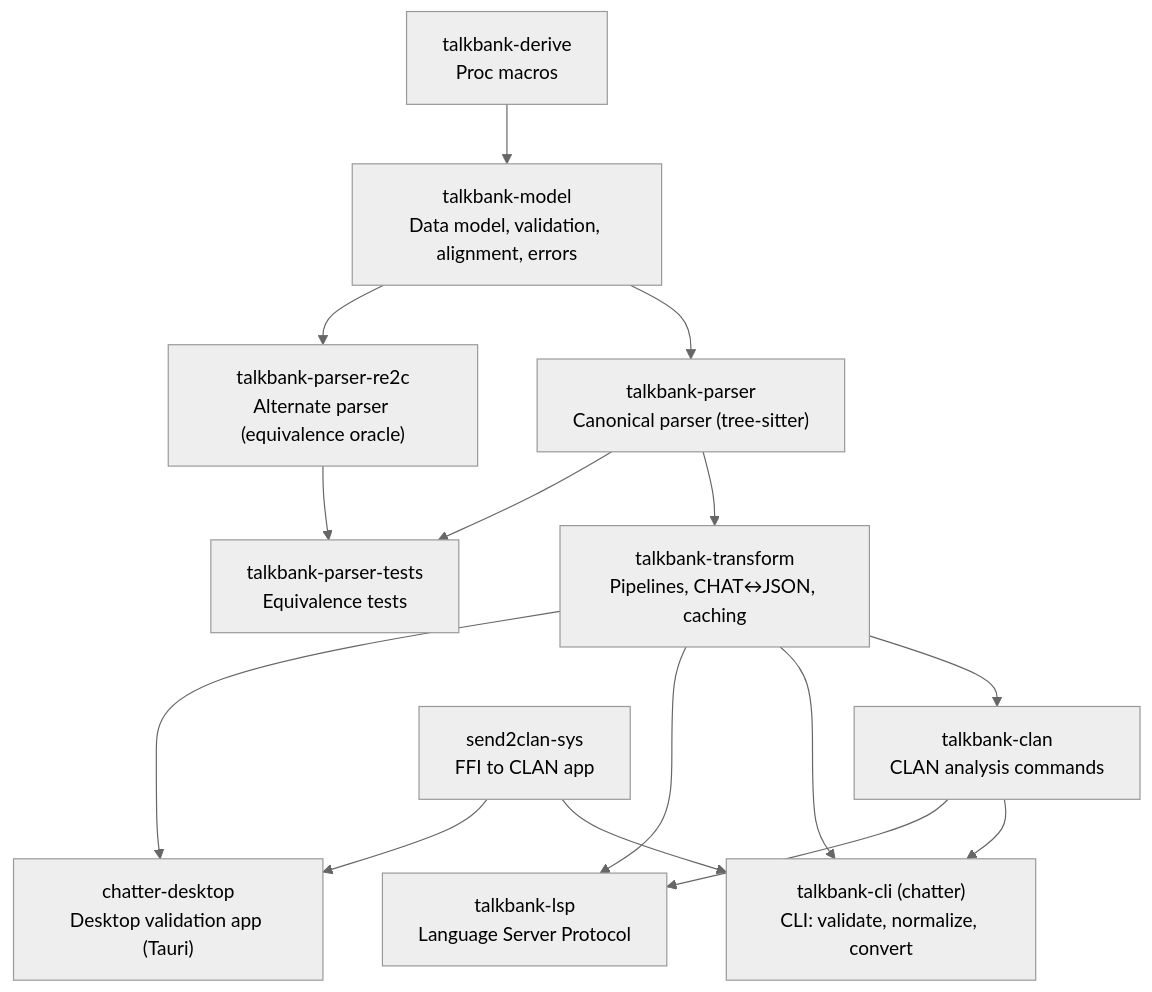
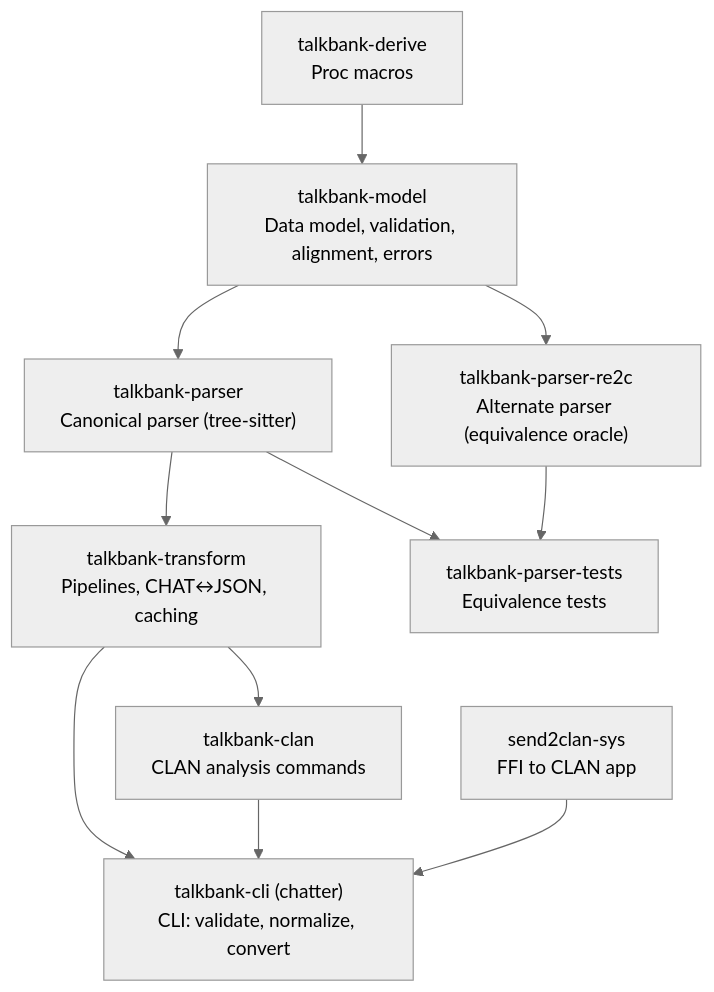
The diagram in CLAUDE.md (TalkBank/talkbank-tools), drawn with Mermaid (neutral theme) before and after one commit. The commit also changed other lines of this file and 487 other files, not shown here.

First line of the commit message:
refactor(repo): remove VS Code extension, talkbank-lsp, and chatter-desktop

````diff
--- a/CLAUDE.md
+++ b/CLAUDE.md
@@ -169,24 +160,22 @@
 ```mermaid
 flowchart TD
     model["talkbank-model\nData model, validation, alignment, errors"]
     derive["talkbank-derive\nProc macros"]
     parser["talkbank-parser\nCanonical parser (tree-sitter)"]
     transform["talkbank-transform\nPipelines, CHAT↔JSON, caching"]
     clan["talkbank-clan\nCLAN analysis commands"]
     cli["talkbank-cli (chatter)\nCLI: validate, normalize, convert"]
-    lsp["talkbank-lsp\nLanguage Server Protocol"]
     s2c["send2clan-sys\nFFI to CLAN app"]
-    desktop["chatter-desktop\nDesktop validation app (Tauri)"]
     re2c["talkbank-parser-re2c\nAlternate parser (equivalence oracle)"]
     tests["talkbank-parser-tests\nEquivalence tests"]
 
     derive --> model
     model --> parser
     model --> re2c
     parser --> transform
-    transform --> clan & cli & lsp & desktop
-    clan --> cli & lsp
-    s2c --> cli & desktop
+    transform --> clan & cli
+    clan --> cli
+    s2c --> cli
     parser --> tests
     re2c --> tests
 ```
````
